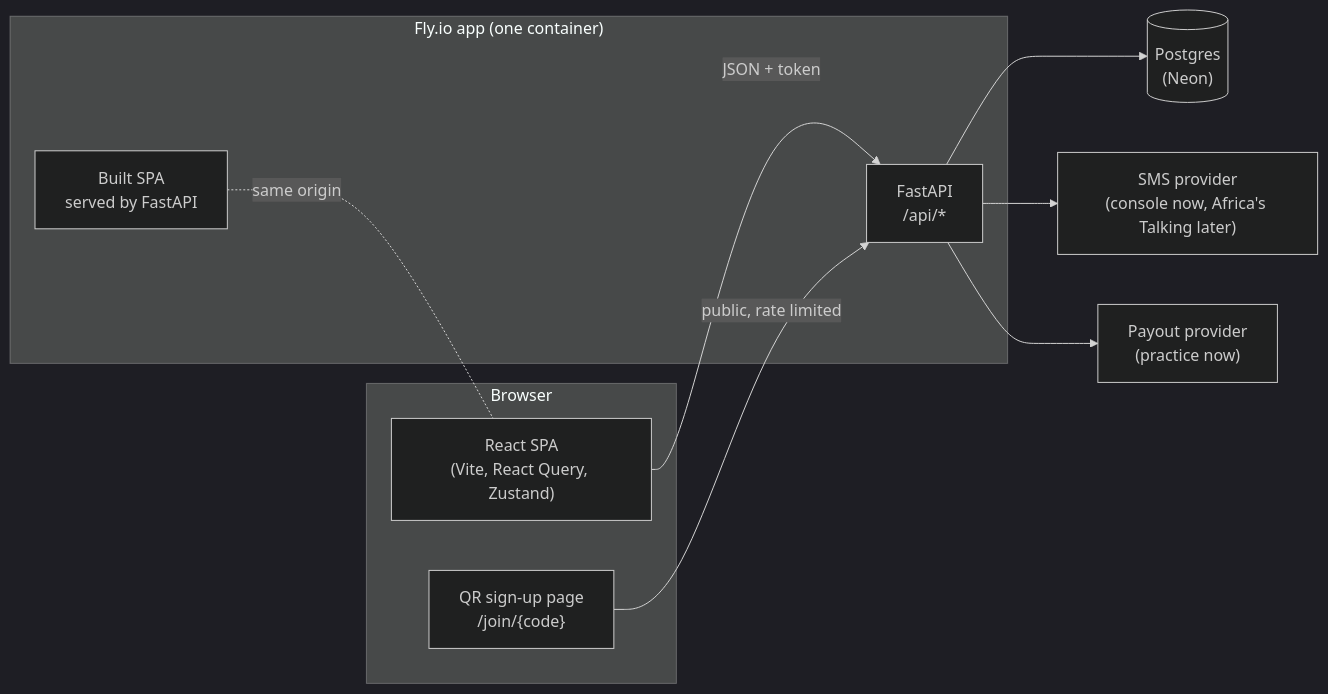
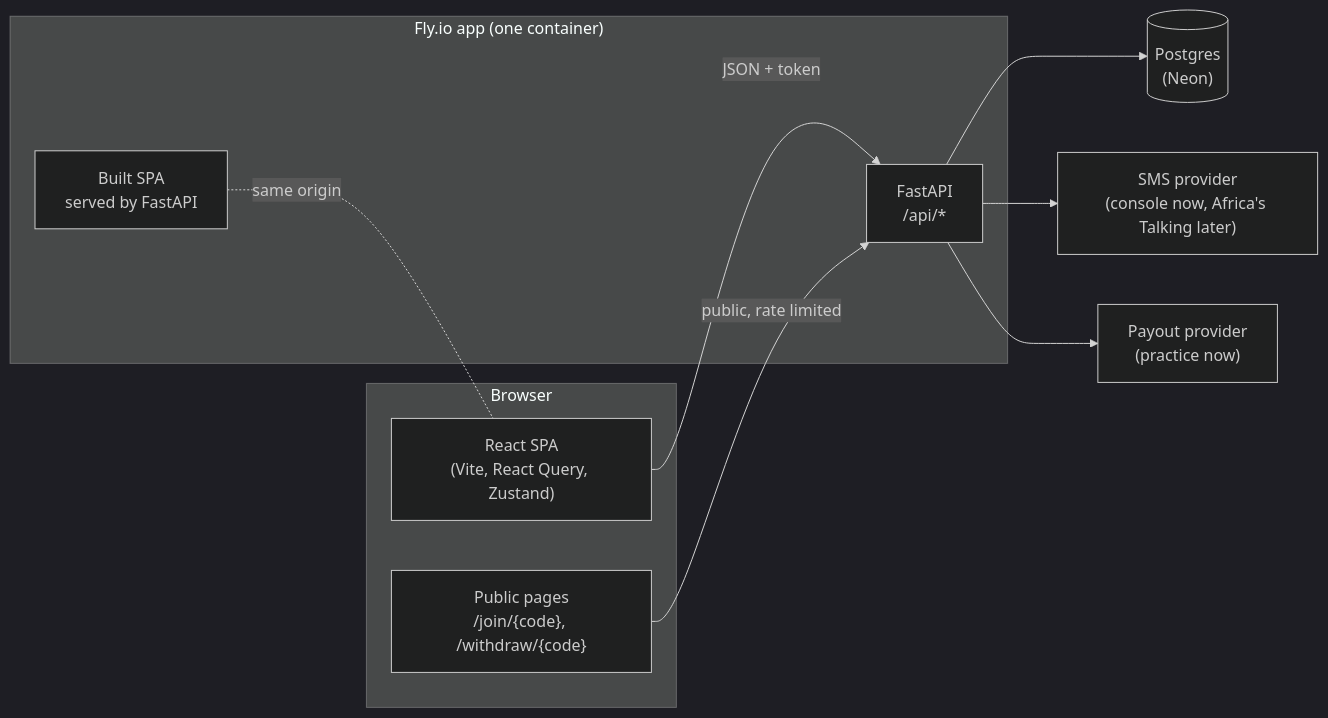
The second of 3 diagrams in docs/SYSTEM.md (JeremyWarui/super-duper-crm), drawn with Mermaid (dark theme) before and after one commit. The commit also changed other lines of this file and 23 other files, not shown here.

First line of the commit message:
Let supporters sign up from a shared link and withdraw themselves

````diff
--- a/docs/SYSTEM.md
+++ b/docs/SYSTEM.md
@@ -285,20 +335,20 @@
 ```mermaid
 flowchart LR
   subgraph Browser
     SPA["React SPA<br/>(Vite, React Query, Zustand)"]
-    QR["QR sign-up page<br/>/join/{code}"]
+    QR["Public pages<br/>/join/{code}, /withdraw/{code}"]
   end
   subgraph Fly["Fly.io app (one container)"]
     API["FastAPI<br/>/api/*"]
     STATIC["Built SPA<br/>served by FastAPI"]
   end
   DB[("Postgres<br/>(Neon)")]
   SMS["SMS provider<br/>(console now, Africa's Talking later)"]
   PAY["Payout provider<br/>(practice now)"]
   SPA -- "JSON + token" --> API
   QR -- "public, rate limited" --> API
   API --> DB
   API --> SMS
   API --> PAY
   STATIC -. "same origin" .- SPA
 ```
````
